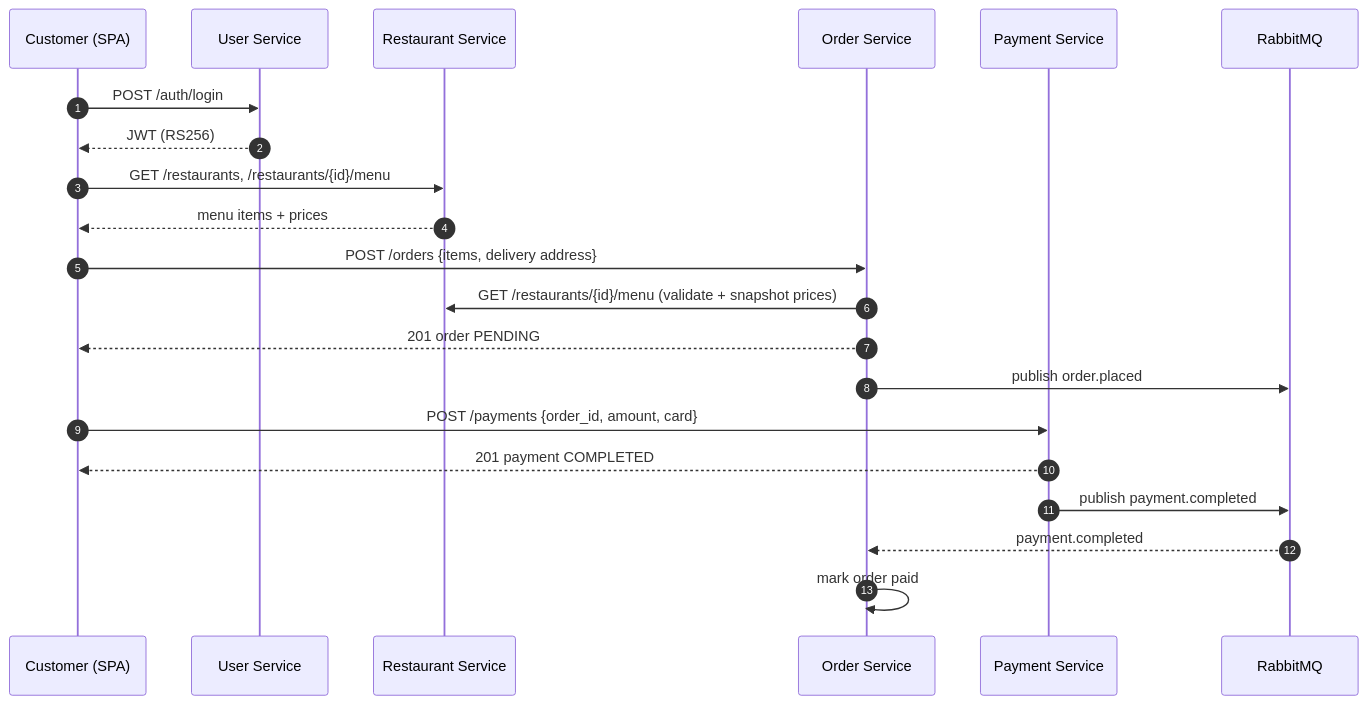
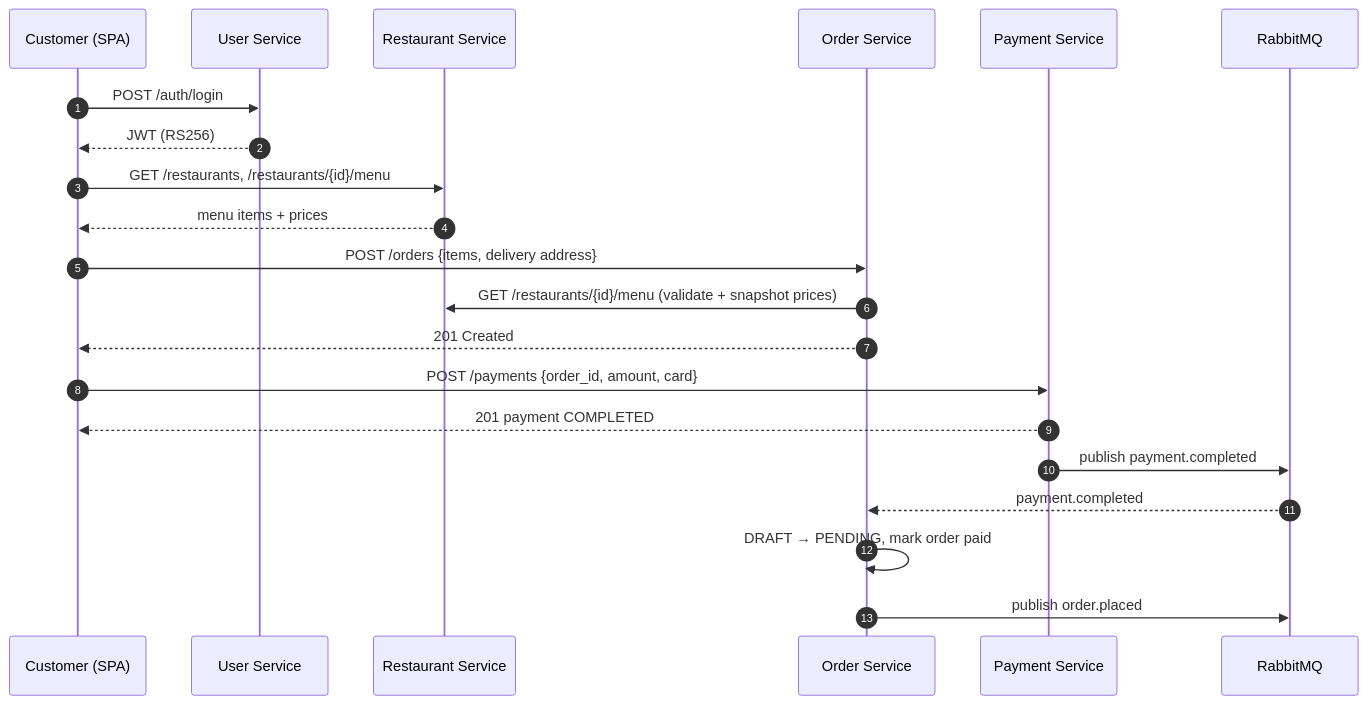
One commit to ThePainTester/food-delivery changed the second of 8 diagrams in README.md. Above: the diagram before and after it, drawn with Mermaid. The commit also changed other lines of this file, not shown here.

````diff
--- a/README.md
+++ b/README.md
@@ -55,24 +55,24 @@
 ```mermaid
 sequenceDiagram
   autonumber
   participant C as Customer (SPA)
   participant US as User Service
   participant RS as Restaurant Service
   participant OS as Order Service
   participant PS as Payment Service
   participant MQ as RabbitMQ
 
   C->>US: POST /auth/login
   US-->>C: JWT (RS256)
   C->>RS: GET /restaurants, /restaurants/{id}/menu
   RS-->>C: menu items + prices
   C->>OS: POST /orders {items, delivery address}
   OS->>RS: GET /restaurants/{id}/menu (validate + snapshot prices)
-  OS-->>C: 201 order PENDING
-  OS->>MQ: publish order.placed
+  OS-->>C: 201 Created
   C->>PS: POST /payments {order_id, amount, card}
   PS-->>C: 201 payment COMPLETED
   PS->>MQ: publish payment.completed
   MQ-->>OS: payment.completed
-  OS->>OS: mark order paid
+  OS->>OS: DRAFT → PENDING, mark order paid
+  OS->>MQ: publish order.placed
 ```
````
